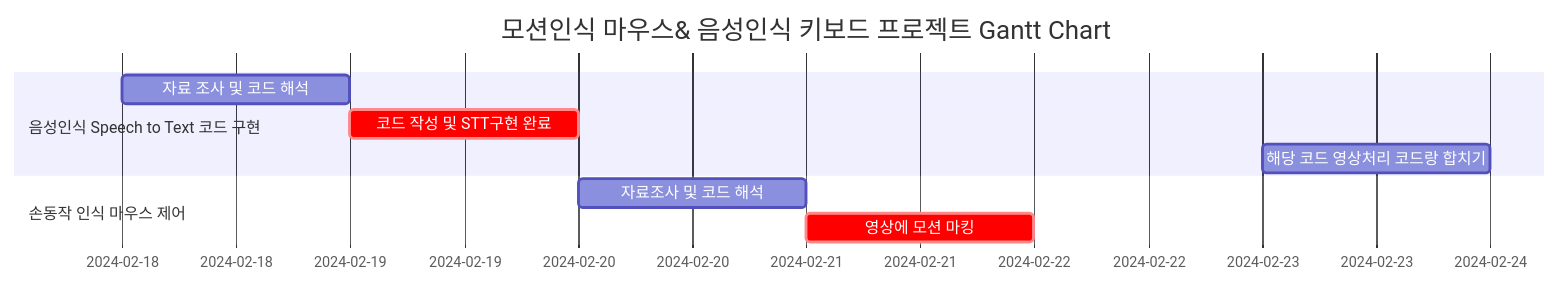
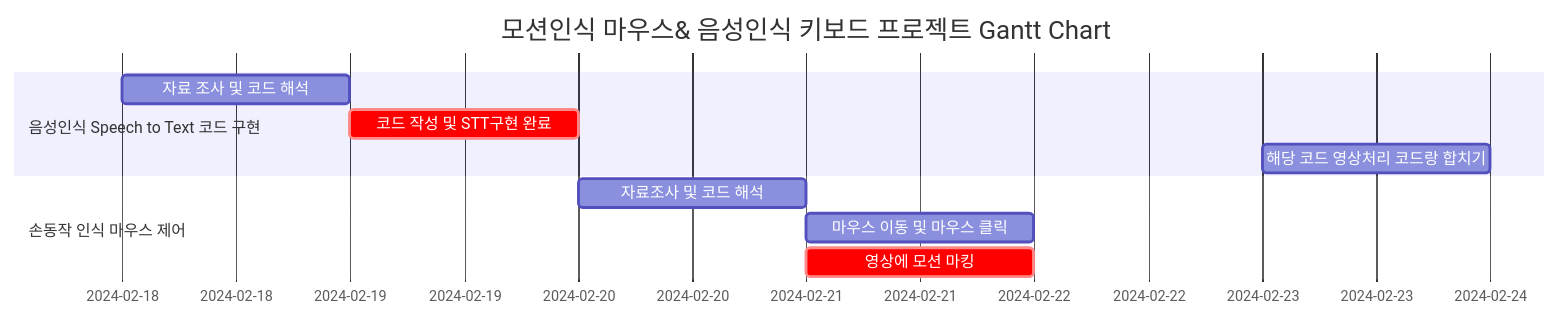
Before and after one commit to CodeMystero/motionKeyboardMouse: the diagram in README.md, drawn with Mermaid.

````diff
--- a/README.md
+++ b/README.md
@@ -57,14 +57,15 @@
 ```mermaid
 gantt
     dateFormat  MM-DD-YYYY
     title       모션인식 마우스& 음성인식 키보드 프로젝트 Gantt Chart
 	
 	section 음성인식 Speech to Text 코드 구현
 		자료 조사 및 코드 해석 :2024-02-18, 1d
                 코드 작성 및 STT구현 완료  :crit, 2024-02-19, 1d
 		해당 코드 영상처리 코드랑 합치기 :2024-02-23, 1d
 	
 	section 손동작 인식 마우스 제어
 		자료조사 및 코드 해석	: 2024-02-20, 1d
+		마우스 이동 및 마우스 클릭 : 2024-02-21, 1d
                 영상에 모션 마킹  :crit, 2024-02-21, 1d
 ```
````
